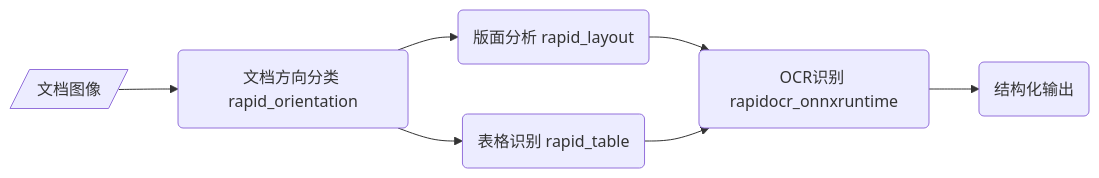
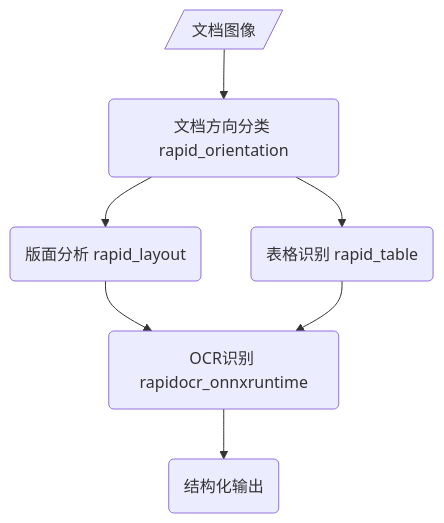
The diagram in README.md (RapidAI/RapidStructure), drawn with Mermaid before and after one commit.

````diff
--- a/README.md
+++ b/README.md
@@ -22,5 +22,5 @@
 ```mermaid
-flowchart LR
+flowchart TD
     A[/文档图像/] --> B(文档方向分类 rapid_orientation) --> C(版面分析 rapid_layout) & D(表格识别 rapid_table) --> E(OCR识别 rapidocr_onnxruntime)
     E --> F(结构化输出)
 ```
````
